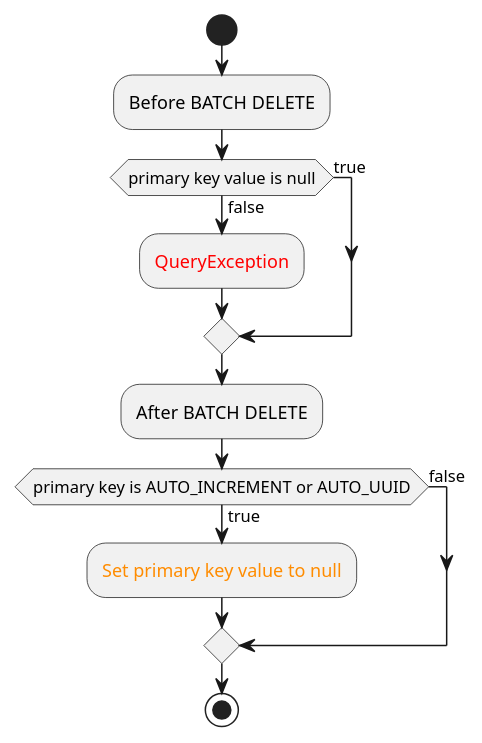
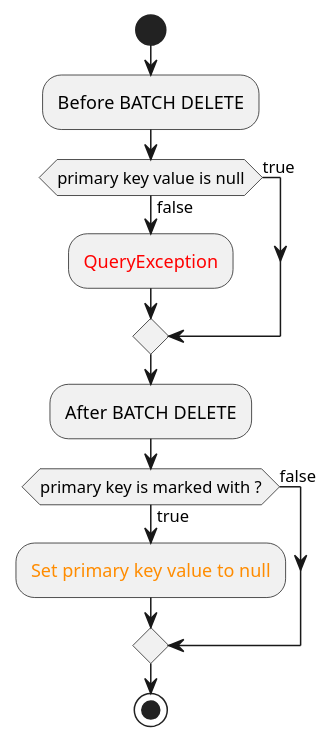
One commit to urosjarc/db-messiah changed the diagram in docs/queries/BATCH_DELETE.puml. Above: the diagram before and after it, drawn with PlantUML. The commit also changed 1 other file, not shown here.

Commit message:
Reset primary key only if is marked with ?

```diff
--- a/docs/queries/BATCH_DELETE.puml
+++ b/docs/queries/BATCH_DELETE.puml
@@ -1,14 +1,14 @@
 @startuml
 start
     :Before BATCH DELETE;
 if (primary key value is null) then(false)
     :<color:red>QueryException;
 else (true)
 endif
     :After BATCH DELETE;
-if (primary key is AUTO_INCREMENT or AUTO_UUID) then(true)
+if (primary key is marked with ?) then(true)
     :<color:darkorange>Set primary key value to null;
 else (false)
 endif
 stop
 @enduml
```
